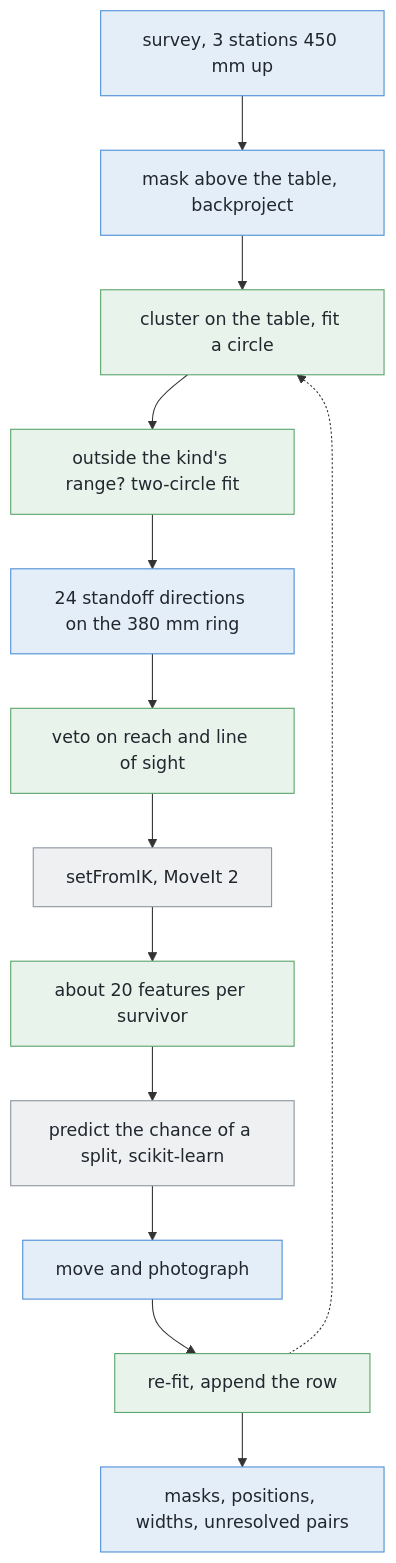
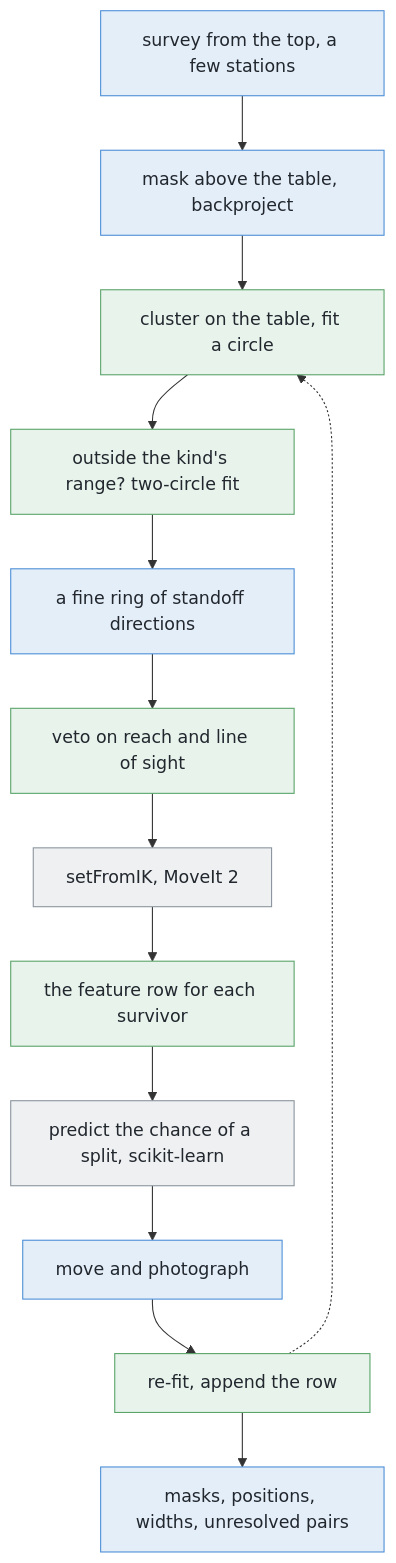
Before and after one commit to RobinNagpal/robot-arm-projects: the third of 3 diagrams in v5-pick-glasses/docs/problem-2/solutions/06-learn-which-viewpoints-pay-off.md, drawn with Mermaid. The commit also changed other lines of this file, not shown here.

````diff
--- a/v5-pick-glasses/docs/problem-2/solutions/06-learn-which-viewpoints-pay-off.md
+++ b/v5-pick-glasses/docs/problem-2/solutions/06-learn-which-viewpoints-pay-off.md
@@ -376,27 +389,27 @@
 ```mermaid
 flowchart TD
-    E1["survey, 3 stations 450 mm up"] --> E2["mask above the table, backproject"]
+    E1["survey from the top, a few stations"] --> E2["mask above the table, backproject"]
     E2 --> N1["cluster on the table, fit a circle"]
     N1 --> N2["outside the kind's range? two-circle fit"]
-    N2 --> E3["24 standoff directions on the 380 mm ring"]
+    N2 --> E3["a fine ring of standoff directions"]
     E3 --> N3["veto on reach and line of sight"]
     N3 --> L1["setFromIK, MoveIt 2"]
-    L1 --> N4["about 20 features per survivor"]
+    L1 --> N4["the feature row for each survivor"]
     N4 --> L2["predict the chance of a split, scikit-learn"]
     L2 --> E4["move and photograph"]
     E4 --> N5["re-fit, append the row"]
     N5 --> E5["masks, positions, widths, unresolved pairs"]
     N5 -.-> N1
     style E1 fill:#e4eef9,stroke:#4c8fd6,color:#22272e
     style E2 fill:#e4eef9,stroke:#4c8fd6,color:#22272e
     style E3 fill:#e4eef9,stroke:#4c8fd6,color:#22272e
     style E4 fill:#e4eef9,stroke:#4c8fd6,color:#22272e
     style E5 fill:#e4eef9,stroke:#4c8fd6,color:#22272e
     style N1 fill:#e8f3ec,stroke:#5aa469,color:#22272e
     style N2 fill:#e8f3ec,stroke:#5aa469,color:#22272e
     style N3 fill:#e8f3ec,stroke:#5aa469,color:#22272e
     style N4 fill:#e8f3ec,stroke:#5aa469,color:#22272e
     style N5 fill:#e8f3ec,stroke:#5aa469,color:#22272e
     style L1 fill:#eef0f2,stroke:#8b949e,color:#22272e
     style L2 fill:#eef0f2,stroke:#8b949e,color:#22272e
 ```
````
